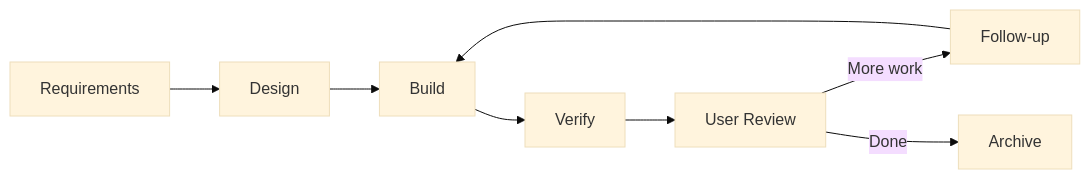
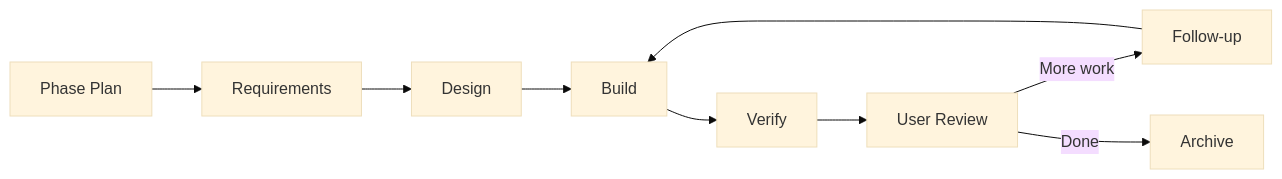
The diagram in docs/reference/dev/index.md (rp1-run/rp1), drawn with Mermaid (base theme) before and after one commit. The commit also changed other lines of this file and 5 other files, not shown here.

Commit message:
feat(feature-slicer): implement T6 - add phase-plan docs and regression coverage

````diff
--- a/docs/reference/dev/index.md
+++ b/docs/reference/dev/index.md
@@ -81,10 +85,12 @@
 ```mermaid
 flowchart LR
-    R[Requirements] --> D[Design]
+    P[Phase Plan]
+    P --> R[Requirements]
+    R --> D[Design]
     D --> B[Build]
     B --> V[Verify]
     V --> UR[User Review]
     UR -->|More work| F[Follow-up]
     F --> B
     UR -->|Done| A[Archive]
 ```
````
